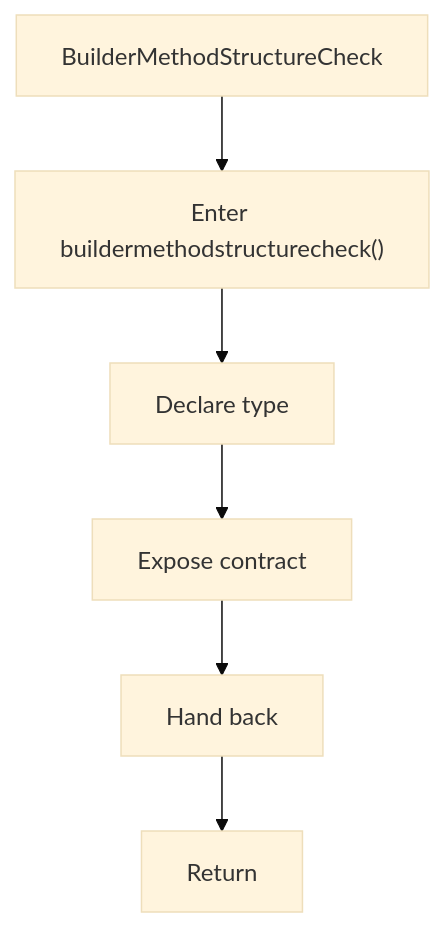
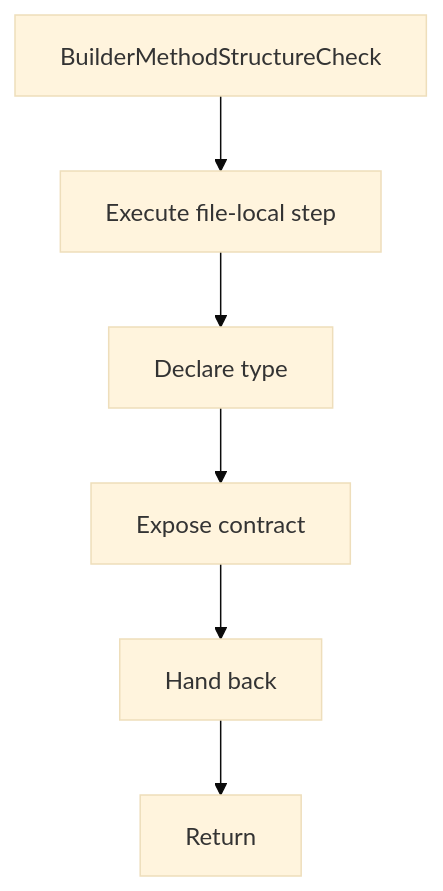
One commit to JohnAndrewBalbarosa/NeoTerritory changed the third of 6 diagrams in docs/Codebase/Microservice/Modules/Header/SyntacticBrokenAST/Analysis/Patterns/Creational/Builder/core.hpp.md. Above: the diagram before and after it, drawn with Mermaid (base theme). The commit also changed other lines of this file and 915 other files, not shown here.

````diff
--- a/docs/Codebase/Microservice/Modules/Header/SyntacticBrokenAST/Analysis/Patterns/Creational/Builder/core.hpp.md
+++ b/docs/Codebase/Microservice/Modules/Header/SyntacticBrokenAST/Analysis/Patterns/Creational/Builder/core.hpp.md
@@ -107,14 +106,14 @@
 ```mermaid
 flowchart TD
     Start["BuilderMethodStructureCheck"]
-    N0["Enter buildermethodstructurecheck()"]
+    N0["Execute file-local step"]
     N1["Declare type"]
     N2["Expose contract"]
     N3["Hand back"]
     End["Return"]
     Start --> N0
     N0 --> N1
     N1 --> N2
     N2 --> N3
     N3 --> End
 ```
````
